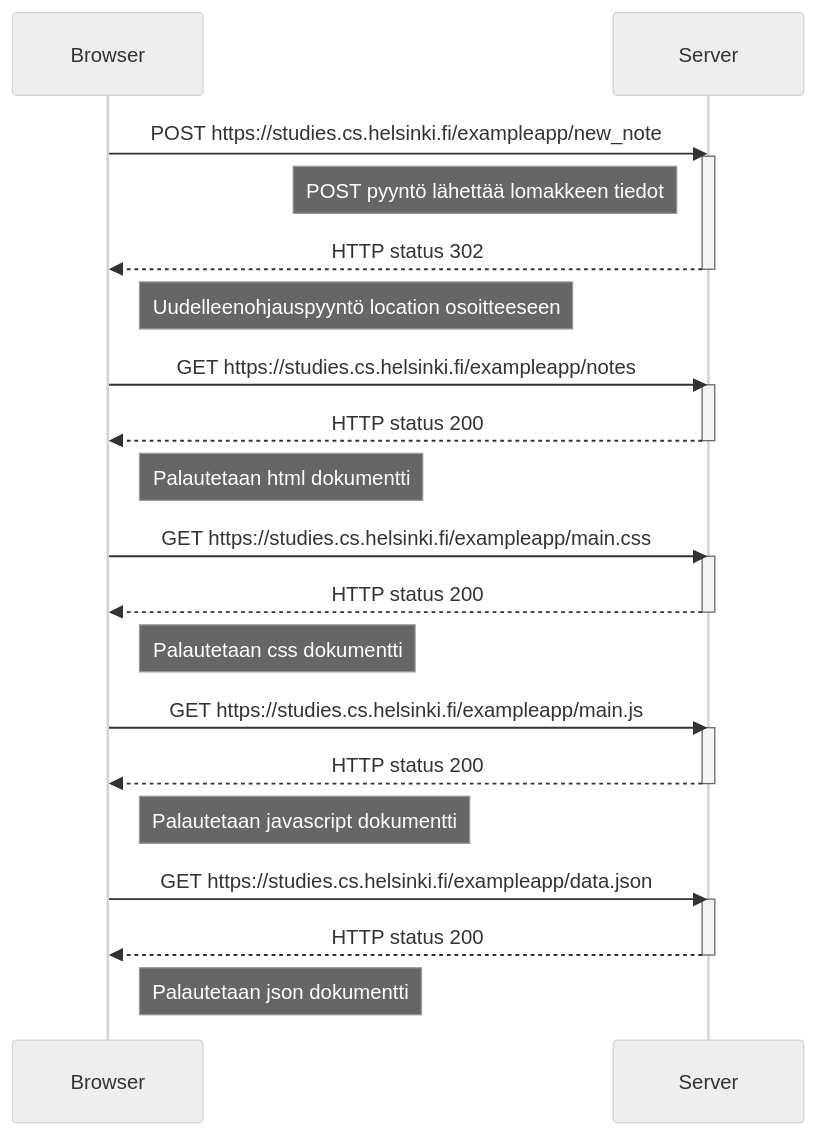
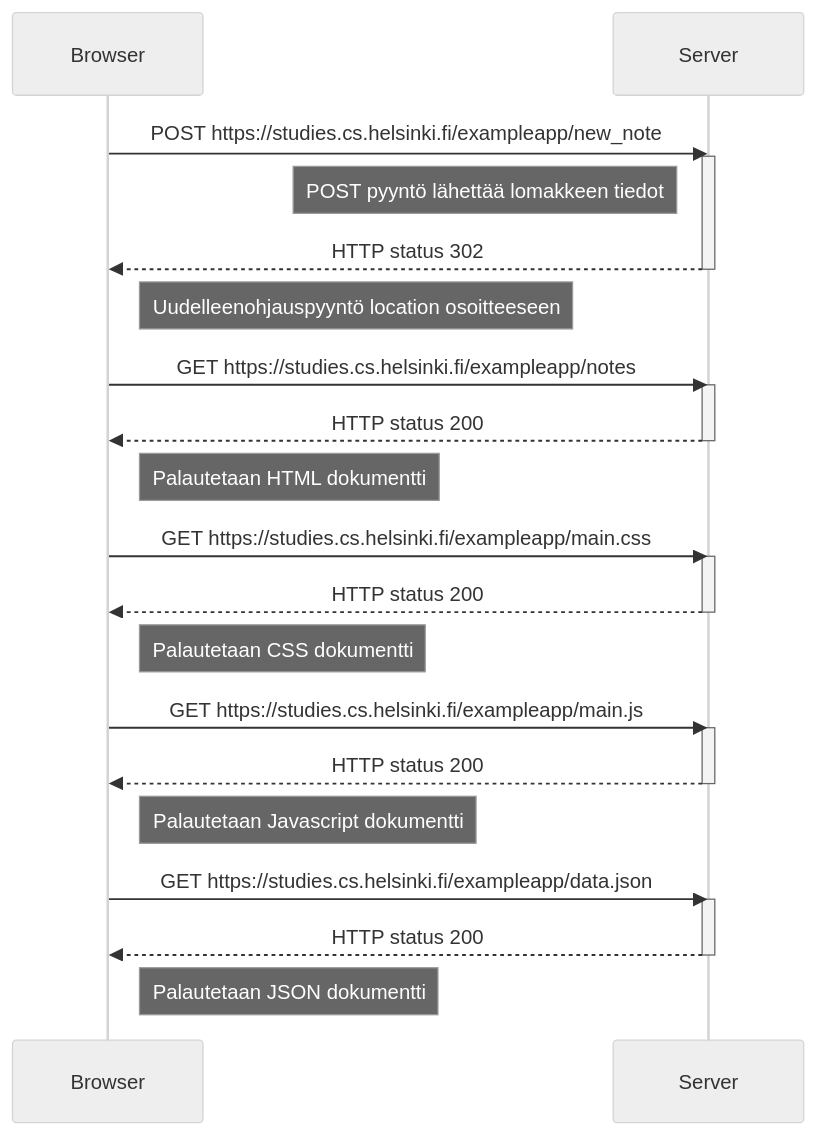
The diagram in osa0/teksti.md (TeemuStew/fullstack-mooc), drawn with Mermaid (neutral theme) before and after one commit.

````diff
--- a/osa0/teksti.md
+++ b/osa0/teksti.md
@@ -1,44 +1,44 @@
 ```mermaid
 sequenceDiagram
     participant Browser
     participant Server
 
     Browser->>Server: POST https://studies.cs.helsinki.fi/exampleapp/new_note
     activate Server
 
     Note left of Server: POST pyyntö lähettää lomakkeen tiedot 
 
     Server-->>Browser: HTTP status 302
     deactivate Server
 
     Note right of Browser: Uudelleenohjauspyyntö location osoitteeseen
 
     Browser->>Server: GET https://studies.cs.helsinki.fi/exampleapp/notes
     activate Server
     Server-->>Browser: HTTP status 200
     deactivate Server
 
-    Note right of Browser: Palautetaan html dokumentti
+    Note right of Browser: Palautetaan HTML dokumentti
 
     Browser->>Server: GET https://studies.cs.helsinki.fi/exampleapp/main.css
     activate Server
     Server-->>Browser: HTTP status 200
     deactivate Server 
 
-    Note right of Browser: Palautetaan css dokumentti
+    Note right of Browser: Palautetaan CSS dokumentti
 
     Browser->>Server: GET https://studies.cs.helsinki.fi/exampleapp/main.js
     activate Server
     Server-->>Browser: HTTP status 200
     deactivate Server 
 
-    Note right of Browser: Palautetaan javascript dokumentti
+    Note right of Browser: Palautetaan Javascript dokumentti
 
     Browser->>Server: GET https://studies.cs.helsinki.fi/exampleapp/data.json
     activate Server
     Server-->>Browser: HTTP status 200
     deactivate Server
 
-    Note right of Browser: Palautetaan json dokumentti
+    Note right of Browser: Palautetaan JSON dokumentti
 
 ```
````
